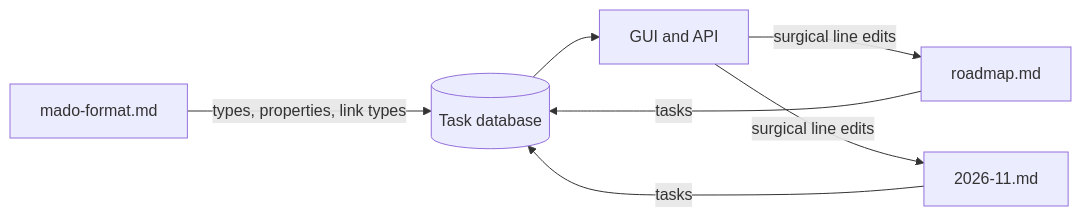
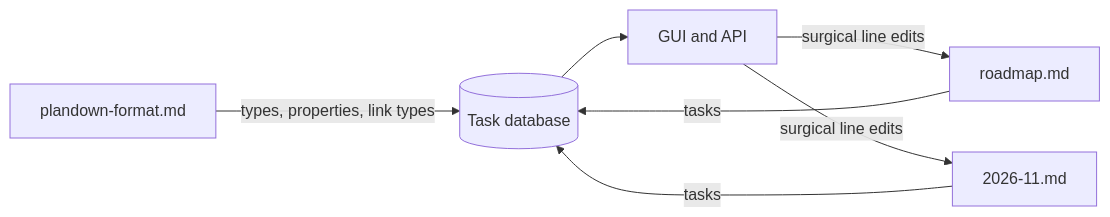
One commit to LMauricius/Plandown changed the first of 2 diagrams in Database.md. Above: the diagram before and after it, drawn with Mermaid. The commit also changed other lines of this file and 17 other files, not shown here.

````diff
--- a/Database.md
+++ b/Database.md
@@ -14,9 +14,9 @@
 ```mermaid
 flowchart LR
-  F[mado-format.md] -->|types, properties, link types| DB[(Task database)]
+  F[plandown-format.md] -->|types, properties, link types| DB[(Task database)]
   A[roadmap.md] -->|tasks| DB
   B[2026-11.md] -->|tasks| DB
   DB --> G[GUI and API]
   G -->|surgical line edits| A
   G -->|surgical line edits| B
 ```
````
